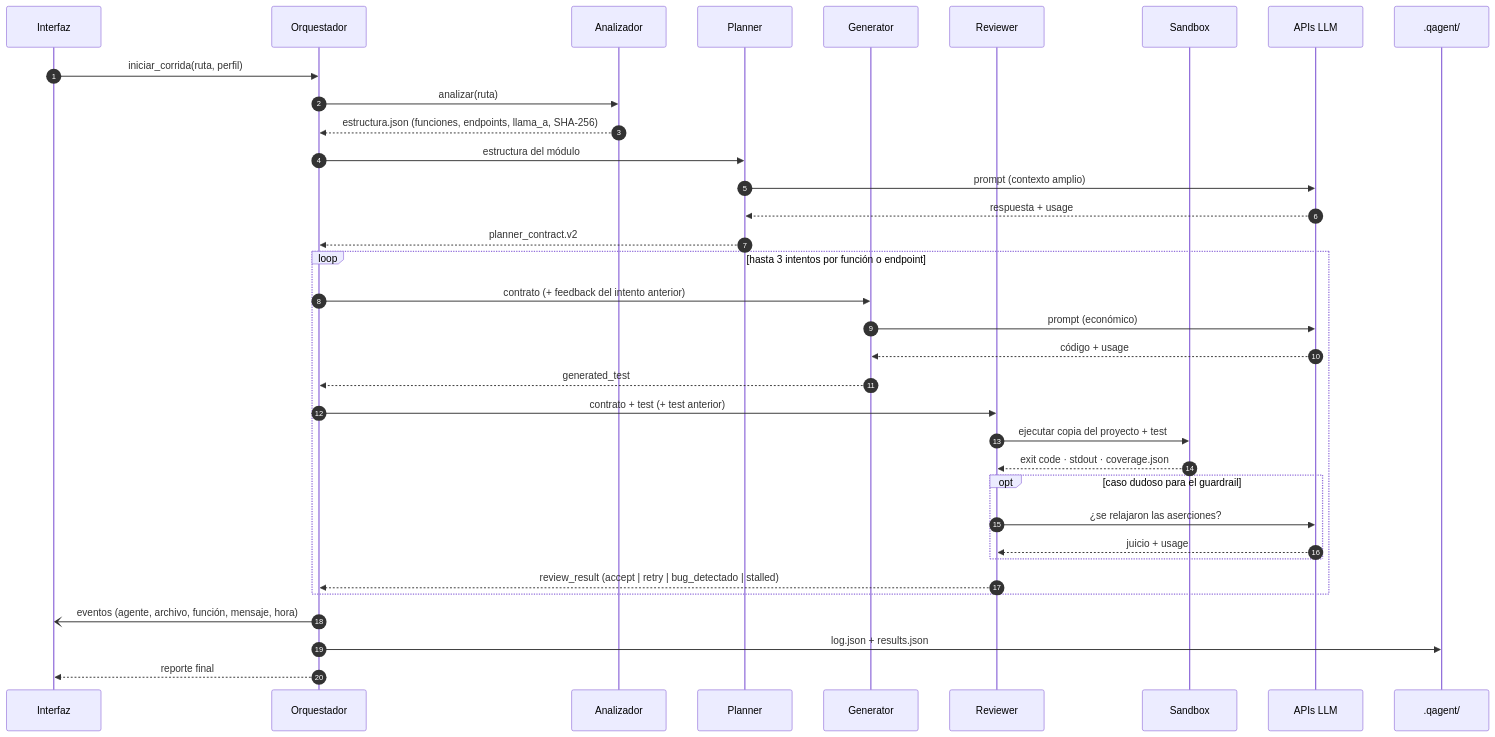
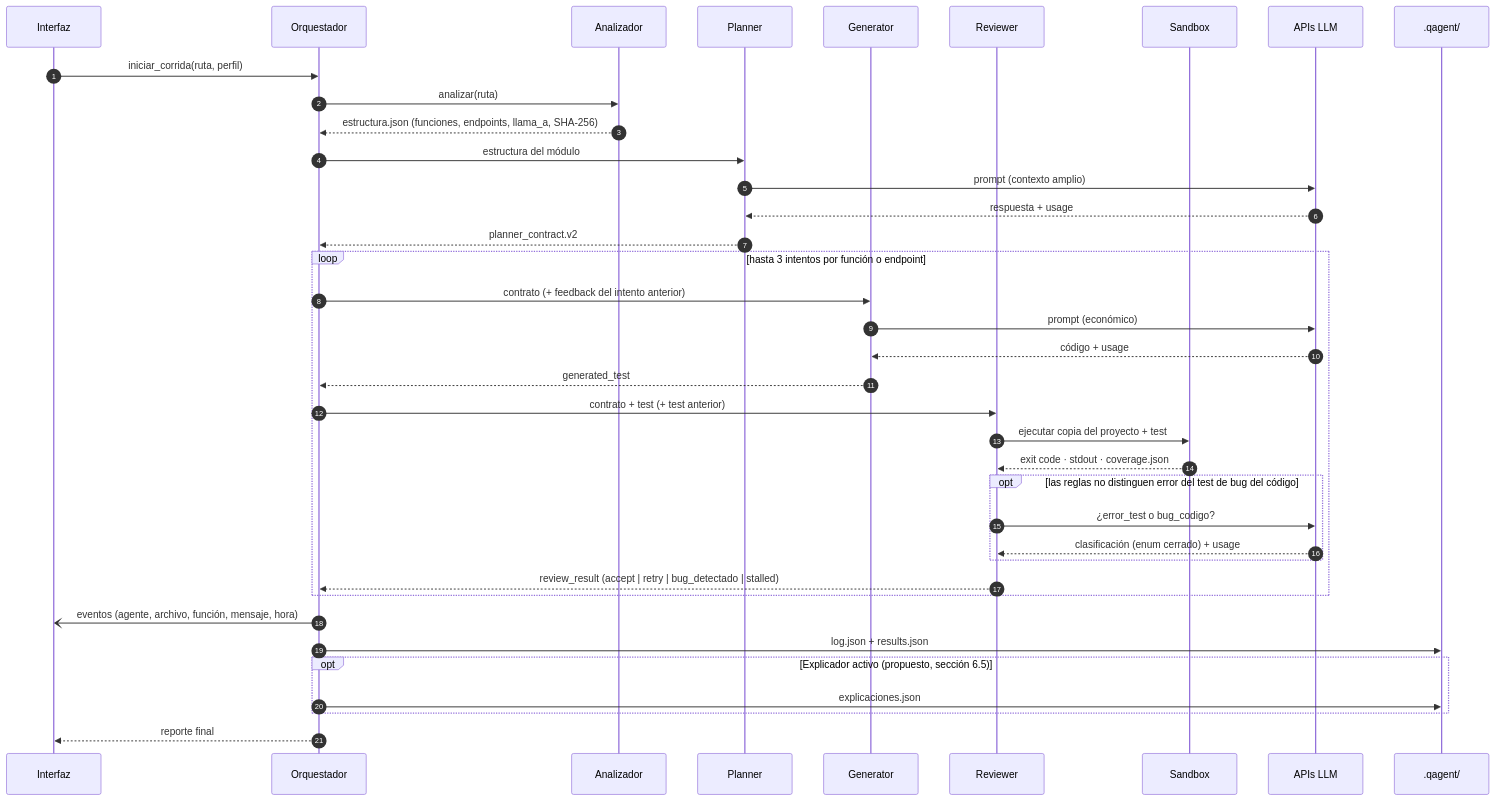
Before and after one commit to AngelOncoy/QAgent: the seventh of 12 diagrams in docs/arquitectura.md, drawn with Mermaid. The commit also changed other lines of this file, not shown here.

First line of the commit message:
docs(EN-20): arquitectura del Sprint 2 en docs/arquitectura.md

````diff
--- a/docs/arquitectura.md
+++ b/docs/arquitectura.md
@@ -409,38 +455,41 @@
 ```mermaid
 sequenceDiagram
     autonumber
     participant UI as Interfaz
     participant OR as Orquestador
     participant AST as Analizador
     participant PL as Planner
     participant GE as Generator
     participant RE as Reviewer
     participant SB as Sandbox
     participant API as APIs LLM
     participant FS as .qagent/
 
     UI->>OR: iniciar_corrida(ruta, perfil)
     OR->>AST: analizar(ruta)
     AST-->>OR: estructura.json (funciones, endpoints, llama_a, SHA-256)
     OR->>PL: estructura del módulo
     PL->>API: prompt (contexto amplio)
     API-->>PL: respuesta + usage
     PL-->>OR: planner_contract.v2
     loop hasta 3 intentos por función o endpoint
         OR->>GE: contrato (+ feedback del intento anterior)
         GE->>API: prompt (económico)
         API-->>GE: código + usage
         GE-->>OR: generated_test
         OR->>RE: contrato + test (+ test anterior)
         RE->>SB: ejecutar copia del proyecto + test
         SB-->>RE: exit code · stdout · coverage.json
-        opt caso dudoso para el guardrail
-            RE->>API: ¿se relajaron las aserciones?
-            API-->>RE: juicio + usage
+        opt las reglas no distinguen error del test de bug del código
+            RE->>API: ¿error_test o bug_codigo?
+            API-->>RE: clasificación (enum cerrado) + usage
         end
         RE-->>OR: review_result (accept | retry | bug_detectado | stalled)
     end
     OR-)UI: eventos (agente, archivo, función, mensaje, hora)
     OR->>FS: log.json + results.json
+    opt Explicador activo (propuesto, sección 6.5)
+        OR->>FS: explicaciones.json
+    end
     OR-->>UI: reporte final
 ```
````
